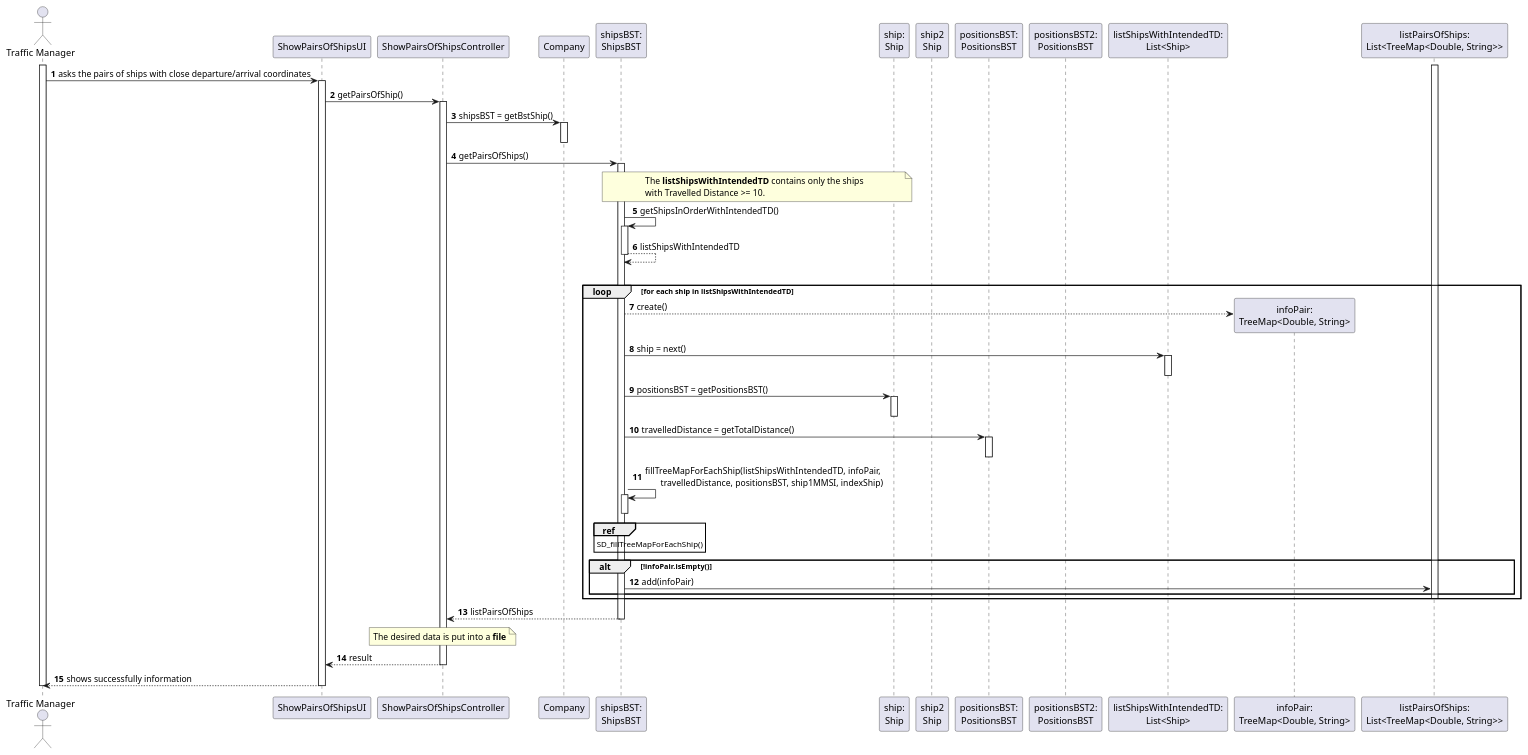
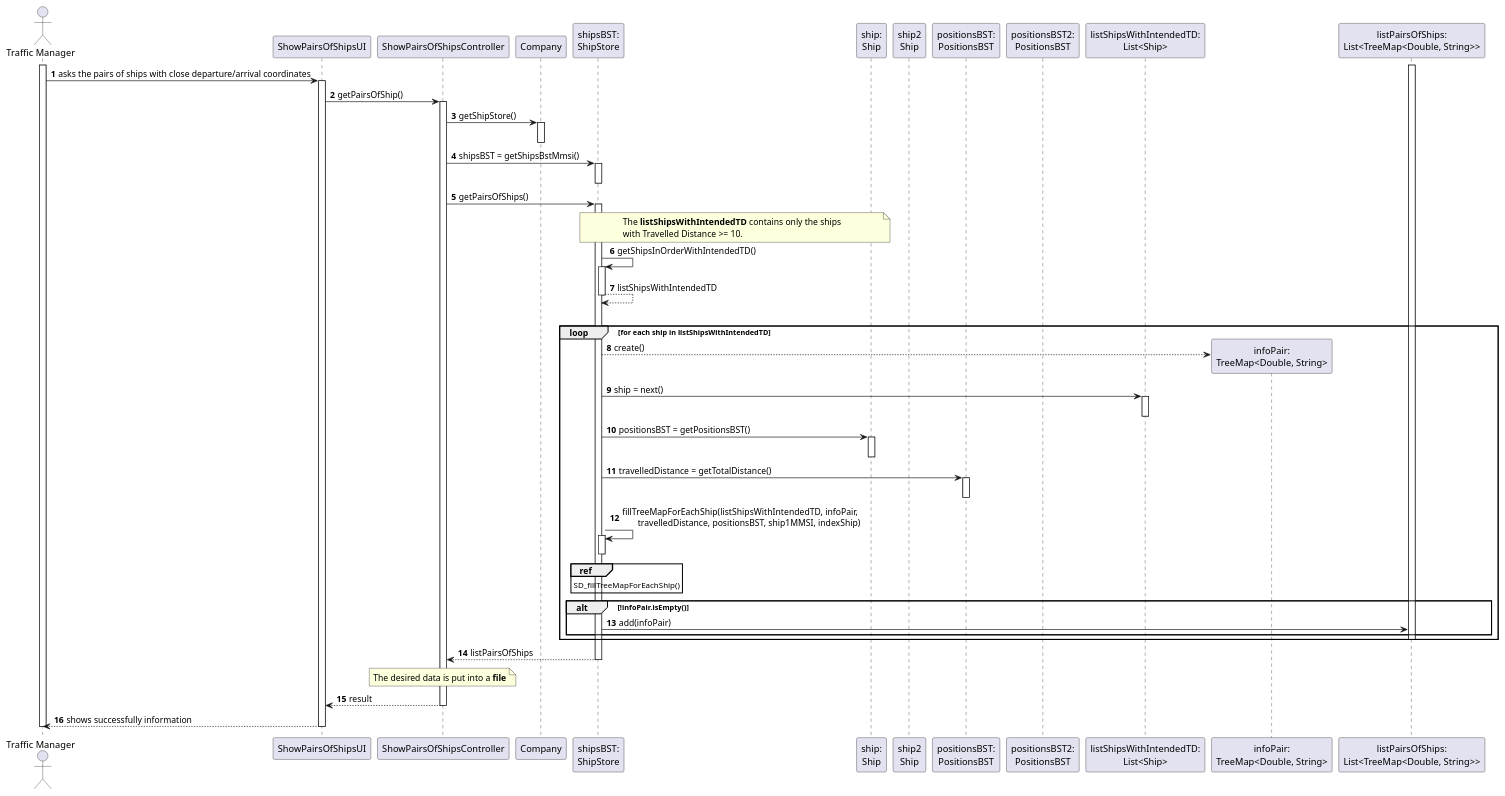
Before and after one commit to ana-albergaria/LAPR3-ISEP: the diagram in docs/US107/US107_SD.puml, drawn with PlantUML. The commit also changed 3 other files, not shown here.

```diff
--- a/docs/US107/US107_SD.puml
+++ b/docs/US107/US107_SD.puml
@@ -1,91 +1,94 @@
 @startuml
 
 
 autonumber
 actor "Traffic Manager" as TM
 
 participant "ShowPairsOfShipsUI" as UI
 participant "ShowPairsOfShipsController" as CTRL
 participant "Company" as COMP
-participant "shipsBST:\nShipsBST" as BstShip
+participant "shipsBST:\nShipStore" as BstShip
 participant "ship:\nShip" as S
 participant "ship2\nShip" as S2
 /'participant "ShipPosition" as SP'/
 participant "positionsBST:\nPositionsBST" as BstPosition
 participant "positionsBST2:\nPositionsBST" as BstPosition2
 participant "listShipsWithIntendedTD:\nList<Ship>" as ITERATOR
 participant "infoPair:\nTreeMap<Double, String>" as TREEMAP
 participant "listPairsOfShips:\nList<TreeMap<Double, String>>" as LIST
 
 
 activate TM
 TM -> "UI" : asks the pairs of ships with close departure/arrival coordinates
 activate "UI"
 UI -> CTRL : getPairsOfShip()
 activate CTRL
-CTRL -> COMP : shipsBST = getBstShip()
+CTRL -> COMP : getShipStore()
 activate COMP
 deactivate COMP
+CTRL -> BstShip : shipsBST = getShipsBstMmsi()
+activate BstShip
+deactivate BstShip
 CTRL -> BstShip : getPairsOfShips()
 /'decide what kind of list'/
 activate BstShip
 /'BstShip -> BstShip : listOfShips = inOrder() '/
 note over BstShip, S
 The **listShipsWithIntendedTD** contains only the ships
 with Travelled Distance >= 10.
 end note
 BstShip -> BstShip : getShipsInOrderWithIntendedTD()
 activate BstShip
 BstShip --> BstShip : listShipsWithIntendedTD
 deactivate BstShip
 |||
 loop for each ship in listShipsWithIntendedTD
 BstShip --> TREEMAP** : create()
 BstShip -> ITERATOR : ship = next()
 activate ITERATOR
 deactivate ITERATOR
 /'BstShip -> S : travelledDistance = getTravelledDistance()
 activate S
 deactivate S
 '/
 BstShip -> S : positionsBST = getPositionsBST()
 activate S
 deactivate S
 BstShip -> BstPosition : travelledDistance = getTotalDistance()
 activate BstPosition
 deactivate BstPosition
 BstShip -> BstShip : fillTreeMapForEachShip(listShipsWithIntendedTD, infoPair, \n       travelledDistance, positionsBST, ship1MMSI, indexShip)
 ref over BstShip
 SD_fillTreeMapForEachShip()
 end
 activate BstShip
 deactivate BstShip
 /'alteração alt em baixo: travelledDistance2 >= 10 em vez de > 10'/
 /'alt travelledDistance >= 10'/
 
 alt !infoPair.isEmpty()
 BstShip -> LIST : add(infoPair)
 end
 activate LIST
 deactivate LIST
 /'end'/
 end
 
 BstShip --> CTRL : listPairsOfShips
 deactivate BstShip
 note over CTRL
 The desired data is put into a **file**
 end note
 CTRL --> UI : result
 deactivate CTRL
 "UI" --> TM : shows successfully information
 
 deactivate "UI"
 
 
 
 
 
 deactivate TM
 
 @enduml
```
